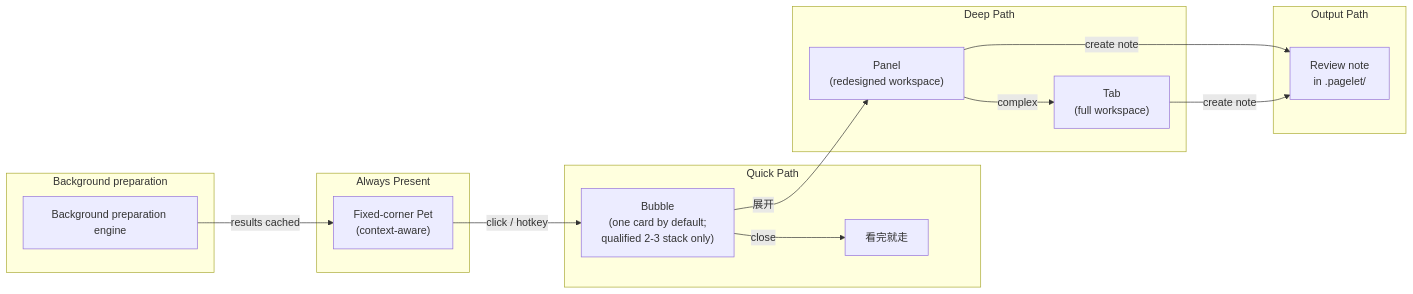
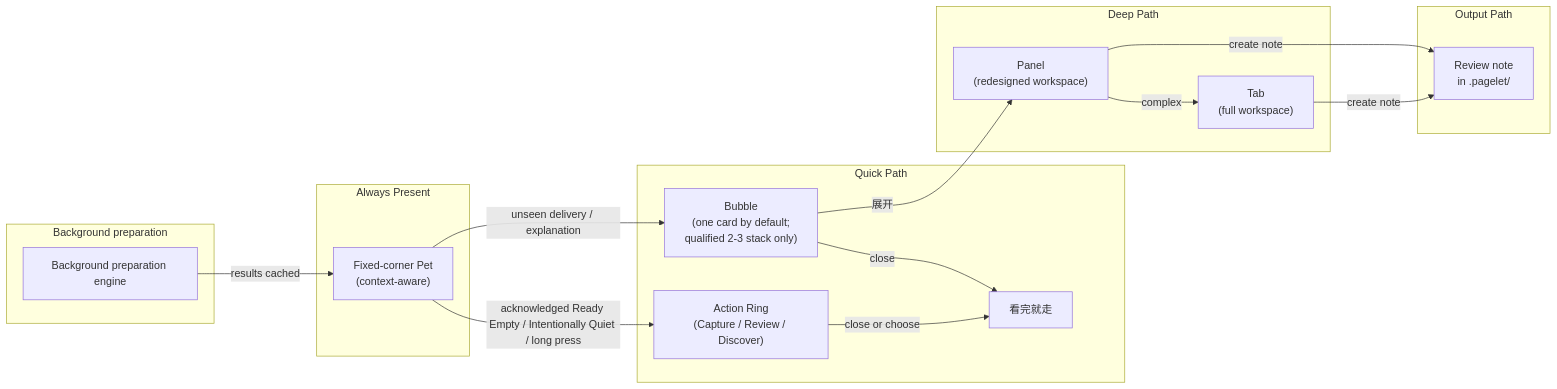
One commit to edonyzpc/personal-assistant changed the first of 2 diagrams in docs/product/pagelet-product-design.md. Above: the diagram before and after it, drawn with Mermaid. The commit also changed other lines of this file and 45 other files, not shown here.

````diff
--- a/docs/product/pagelet-product-design.md
+++ b/docs/product/pagelet-product-design.md
@@ -67,25 +68,27 @@
 ```mermaid
 flowchart LR
   subgraph "Always Present"
     Pet["Fixed-corner Pet<br/>(context-aware)"]
   end
 
   subgraph "Quick Path"
-    Pet -->|click / hotkey| Bubble["Bubble<br/>(one card by default;<br/>qualified 2-3 stack only)"]
+    Pet -->|unseen delivery / explanation| Bubble["Bubble<br/>(one card by default;<br/>qualified 2-3 stack only)"]
+    Pet -->|acknowledged Ready Empty / Intentionally Quiet / long press| Ring["Action Ring<br/>(Capture / Review / Discover)"]
     Bubble -->|close| Done1["看完就走"]
+    Ring -->|close or choose| Done1
   end
 
   subgraph "Deep Path"
     Bubble -->|"展开"| Panel["Panel<br/>(redesigned workspace)"]
     Panel -->|complex| Tab["Tab<br/>(full workspace)"]
   end
 
   subgraph "Output Path"
     Panel -->|"create note"| Note["Review note<br/>in .pagelet/"]
     Tab -->|"create note"| Note
   end
 
   subgraph "Background preparation"
     BG["Background preparation engine"] -->|results cached| Pet
   end
 ```
````
